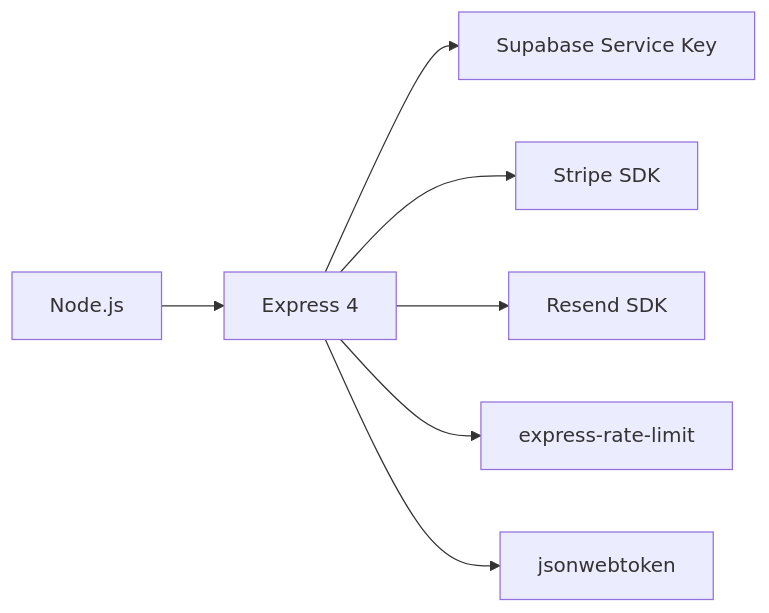
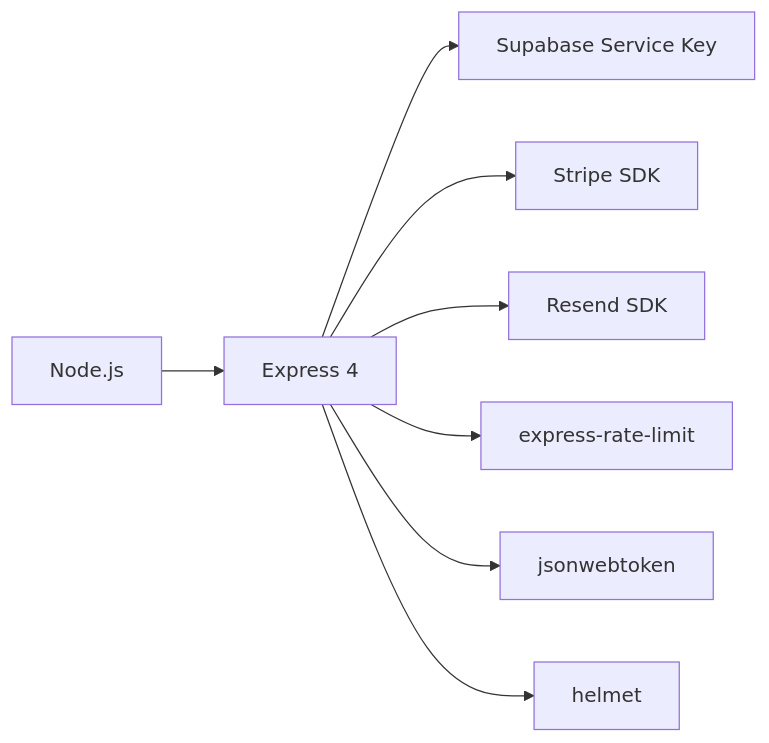
One commit to msabbar02/PawMate changed the fifth of 16 diagrams in TECNICA.md. Above: the diagram before and after it, drawn with Mermaid. The commit also changed other lines of this file and 96 other files, not shown here.

````diff
--- a/TECNICA.md
+++ b/TECNICA.md
@@ -132,9 +124,10 @@
 ```mermaid
 graph LR
     A[Node.js] --> B[Express 4]
     B --> C[Supabase Service Key]
     B --> D[Stripe SDK]
     B --> E[Resend SDK]
     B --> F[express-rate-limit]
     B --> G[jsonwebtoken]
+    B --> H[helmet]
 ```
````
